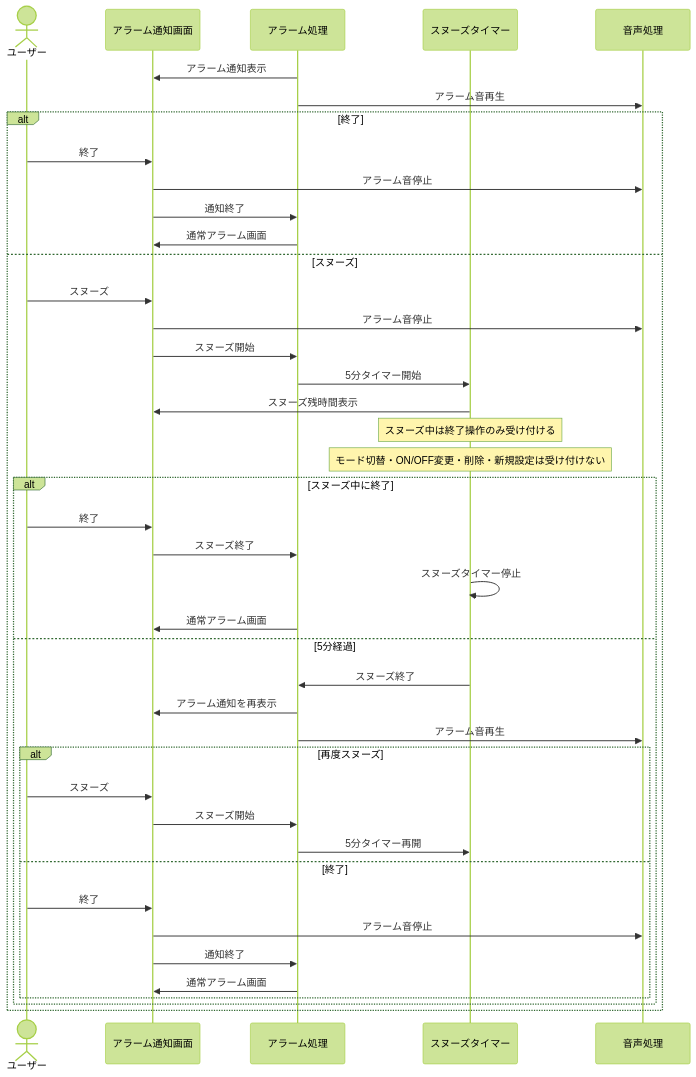
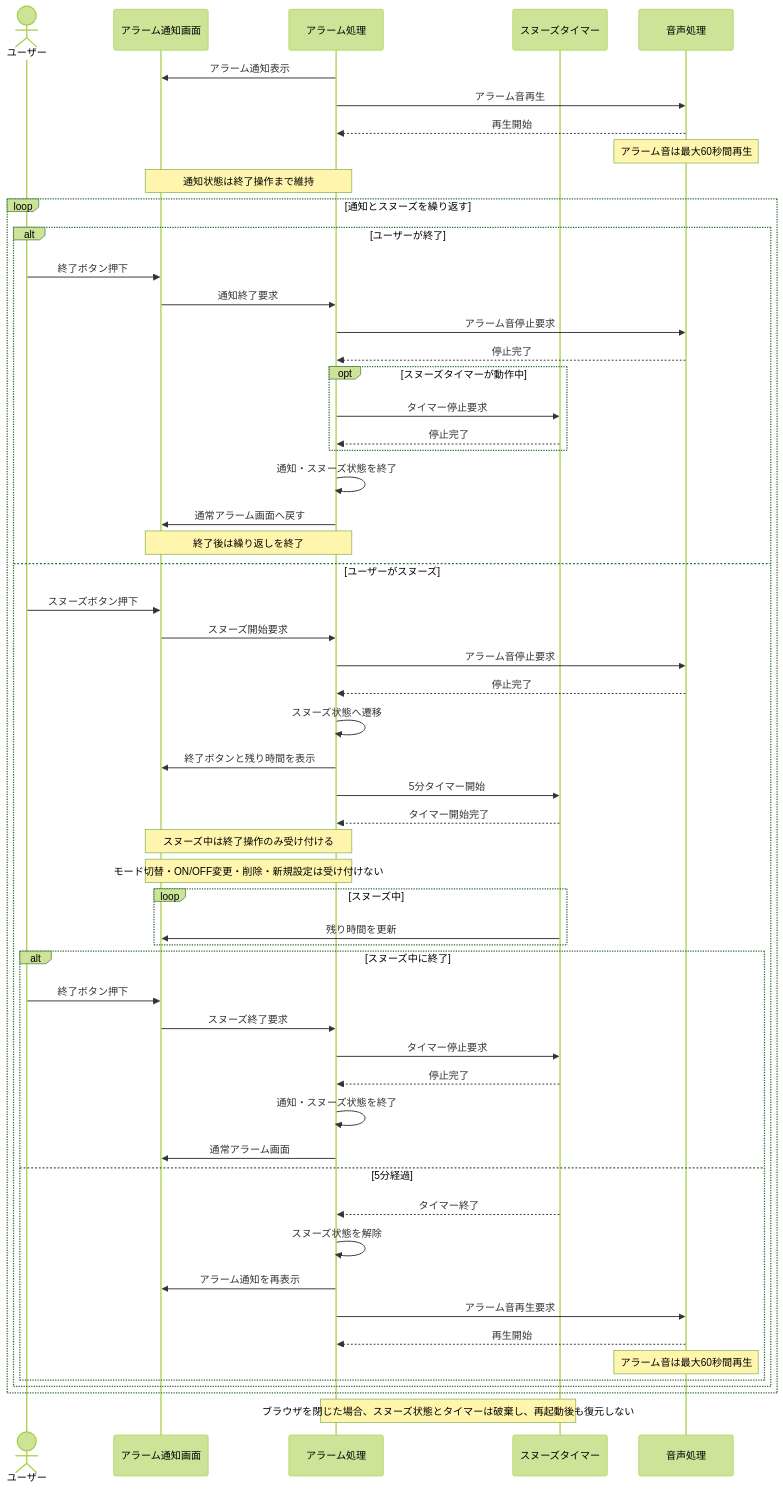
Before and after one commit to shun62201234-crypto/timerApplication: the fourth of 6 diagrams in document/設計/シーケンス図/アラームシーケンス図.md, drawn with Mermaid (forest theme). The commit also changed other lines of this file, not shown here.

Commit message:
アラームシーケンス図修正

````diff
--- a/document/設計/シーケンス図/アラームシーケンス図.md
+++ b/document/設計/シーケンス図/アラームシーケンス図.md
@@ -83,51 +163,68 @@
 ```mermaid
 sequenceDiagram
     actor ユーザー
     participant UI as アラーム通知画面
     participant Alarm as アラーム処理
     participant Snooze as スヌーズタイマー
     participant Audio as 音声処理
 
     Alarm->>UI: アラーム通知表示
     Alarm->>Audio: アラーム音再生
+    Audio-->>Alarm: 再生開始
 
-    alt 終了
-        ユーザー->>UI: 終了
-        UI->>Audio: アラーム音停止
-        UI->>Alarm: 通知終了
-        Alarm->>UI: 通常アラーム画面
+    Note over Audio: アラーム音は最大60秒間再生
+    Note over UI,Alarm: 通知状態は終了操作まで維持
 
-    else スヌーズ
-        ユーザー->>UI: スヌーズ
-        UI->>Audio: アラーム音停止
-        UI->>Alarm: スヌーズ開始
-        Alarm->>Snooze: 5分タイマー開始
-        Snooze->>UI: スヌーズ残時間表示
+    loop 通知とスヌーズを繰り返す
 
-        Note over Snooze: スヌーズ中は終了操作のみ受け付ける
-        Note over Snooze: モード切替・ON/OFF変更・削除・新規設定は受け付けない
+        alt ユーザーが終了
+            ユーザー->>UI: 終了ボタン押下
+            UI->>Alarm: 通知終了要求
+            Alarm->>Audio: アラーム音停止要求
+            Audio-->>Alarm: 停止完了
+            opt スヌーズタイマーが動作中
+                Alarm->>Snooze: タイマー停止要求
+                Snooze-->>Alarm: 停止完了
+            end
+            Alarm->>Alarm: 通知・スヌーズ状態を終了
+            Alarm->>UI: 通常アラーム画面へ戻す
+            Note over Alarm,UI: 終了後は繰り返しを終了
 
-        alt スヌーズ中に終了
-            ユーザー->>UI: 終了
-            UI->>Alarm: スヌーズ終了
-            Snooze->>Snooze: スヌーズタイマー停止
-            Alarm->>UI: 通常アラーム画面
+        else ユーザーがスヌーズ
+            ユーザー->>UI: スヌーズボタン押下
+            UI->>Alarm: スヌーズ開始要求
+            Alarm->>Audio: アラーム音停止要求
+            Audio-->>Alarm: 停止完了
+            Alarm->>Alarm: スヌーズ状態へ遷移
+            Alarm->>UI: 終了ボタンと残り時間を表示
+            Alarm->>Snooze: 5分タイマー開始
+            Snooze-->>Alarm: タイマー開始完了
 
-        else 5分経過
-            Snooze->>Alarm: スヌーズ終了
-            Alarm->>UI: アラーム通知を再表示
-            Alarm->>Audio: アラーム音再生
+            Note over UI,Alarm: スヌーズ中は終了操作のみ受け付ける
+            Note over UI,Alarm: モード切替・ON/OFF変更・削除・新規設定は受け付けない
 
-            alt 再度スヌーズ
-                ユーザー->>UI: スヌーズ
-                UI->>Alarm: スヌーズ開始
-                Alarm->>Snooze: 5分タイマー再開
-            else 終了
-                ユーザー->>UI: 終了
-                UI->>Audio: アラーム音停止
-                UI->>Alarm: 通知終了
+            loop スヌーズ中
+                Snooze->>UI: 残り時間を更新
+            end
+
+            alt スヌーズ中に終了
+                ユーザー->>UI: 終了ボタン押下
+                UI->>Alarm: スヌーズ終了要求
+                Alarm->>Snooze: タイマー停止要求
+                Snooze-->>Alarm: 停止完了
+                Alarm->>Alarm: 通知・スヌーズ状態を終了
                 Alarm->>UI: 通常アラーム画面
+
+            else 5分経過
+                Snooze-->>Alarm: タイマー終了
+                Alarm->>Alarm: スヌーズ状態を解除
+                Alarm->>UI: アラーム通知を再表示
+                Alarm->>Audio: アラーム音再生要求
+                Audio-->>Alarm: 再生開始
+                Note over Audio: アラーム音は最大60秒間再生
             end
         end
     end
+
+    Note over Alarm,Snooze: ブラウザを閉じた場合、スヌーズ状態とタイマーは破棄し、再起動後も復元しない
 ```
````
